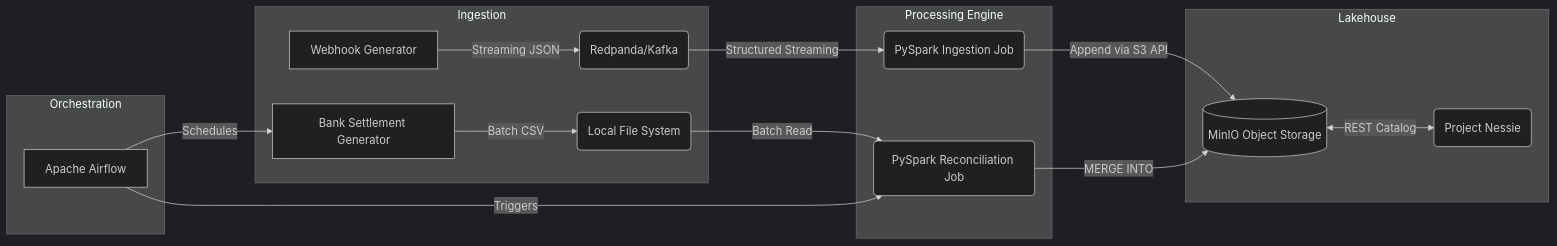
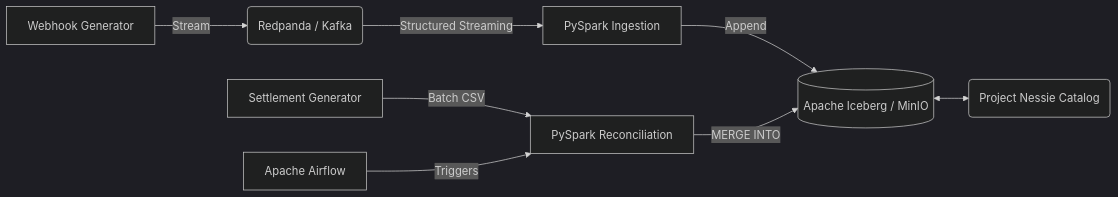
The diagram in README.md (DhanushPillay/tx-recon), drawn with Mermaid (dark theme) before and after one commit. The commit also changed other lines of this file, not shown here.

````diff
--- a/README.md
+++ b/README.md
@@ -12,23 +24,12 @@
 ```mermaid
 flowchart LR
-    subgraph Ingestion
-        W[Webhook Generator] -->|Streaming JSON| K(Redpanda/Kafka)
-        S[Bank Settlement Generator] -->|Batch CSV| D(Local File System)
-    end
-
-    subgraph Processing Engine
-        K -->|Structured Streaming| P1(PySpark Ingestion Job)
-        D -->|Batch Read| P2(PySpark Reconciliation Job)
-    end
-
-    subgraph Lakehouse
-        P1 -->|Append via S3 API| I[(MinIO Object Storage)]
-        P2 -->|MERGE INTO| I
-        I <-->|REST Catalog| N(Project Nessie)
-    end
+    A[Webhook Generator] -->|Stream| B(Redpanda / Kafka)
+    B -->|Structured Streaming| C[PySpark Ingestion]
+    C -->|Append| D[(Apache Iceberg / MinIO)]
     
-    subgraph Orchestration
-        A[Apache Airflow] -->|Schedules| S
-        A -->|Triggers| P2
-    end
+    E[Settlement Generator] -->|Batch CSV| F[PySpark Reconciliation]
+    F -->|MERGE INTO| D
+    
+    G[Apache Airflow] -->|Triggers| F
+    D <--> H(Project Nessie Catalog)
 ```
````
